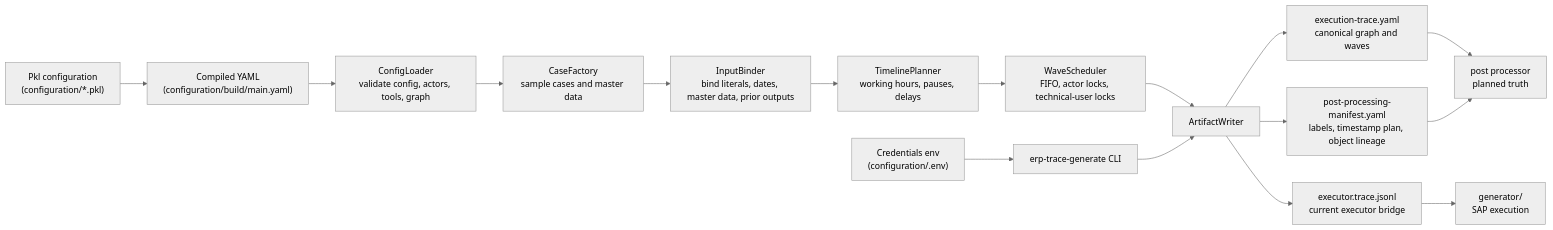
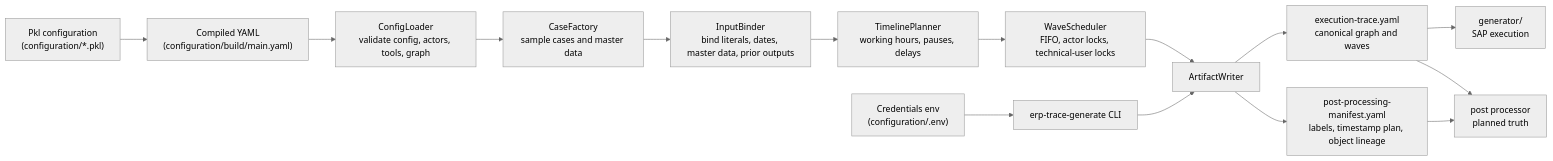
The diagram in trace_generator/README.md (volume4k/advanced-synthetic-erp-data-generator), drawn with Mermaid (neutral theme) before and after one commit. The commit also changed other lines of this file and 4 other files, not shown here.

Commit message:
docs: document canonical trace execution flow

````diff
--- a/trace_generator/README.md
+++ b/trace_generator/README.md
@@ -11,18 +10,17 @@
 ```mermaid
 flowchart LR
   pkl["Pkl configuration\n(configuration/*.pkl)"] --> yaml["Compiled YAML\n(configuration/build/main.yaml)"]
   env["Credentials env\n(configuration/.env)"] --> cli["erp-trace-generate CLI"]
   yaml --> loader["ConfigLoader\nvalidate config, actors, tools, graph"]
   loader --> cases["CaseFactory\nsample cases and master data"]
   cases --> binder["InputBinder\nbind literals, dates, master data, prior outputs"]
   binder --> timeline["TimelinePlanner\nworking hours, pauses, delays"]
   timeline --> scheduler["WaveScheduler\nFIFO, actor locks, technical-user locks"]
   scheduler --> writer["ArtifactWriter"]
   cli --> writer
   writer --> canonical["execution-trace.yaml\ncanonical graph and waves"]
-  writer --> jsonl["executor.trace.jsonl\ncurrent executor bridge"]
   writer --> manifest["post-processing-manifest.yaml\nlabels, timestamp plan, object lineage"]
-  jsonl --> executor["generator/\nSAP execution"]
+  canonical --> executor["generator/\nSAP execution"]
   canonical --> post["post processor\nplanned truth"]
   manifest --> post
 ```
````
